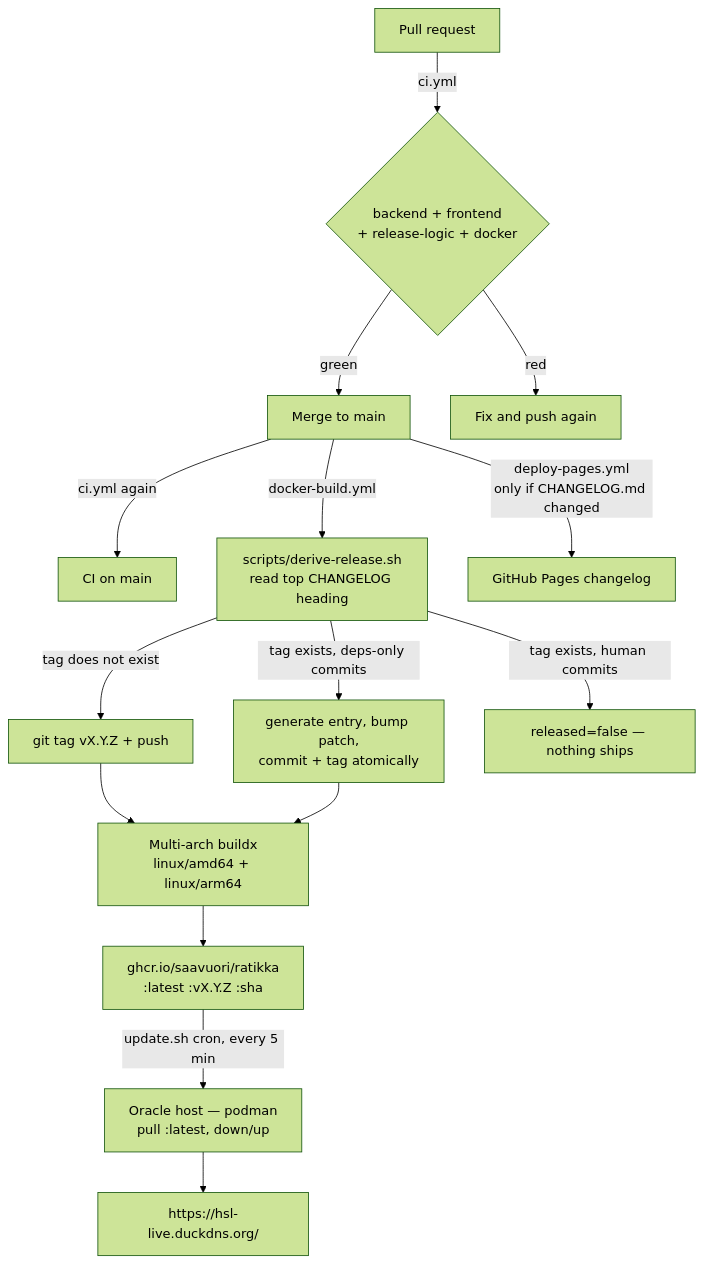
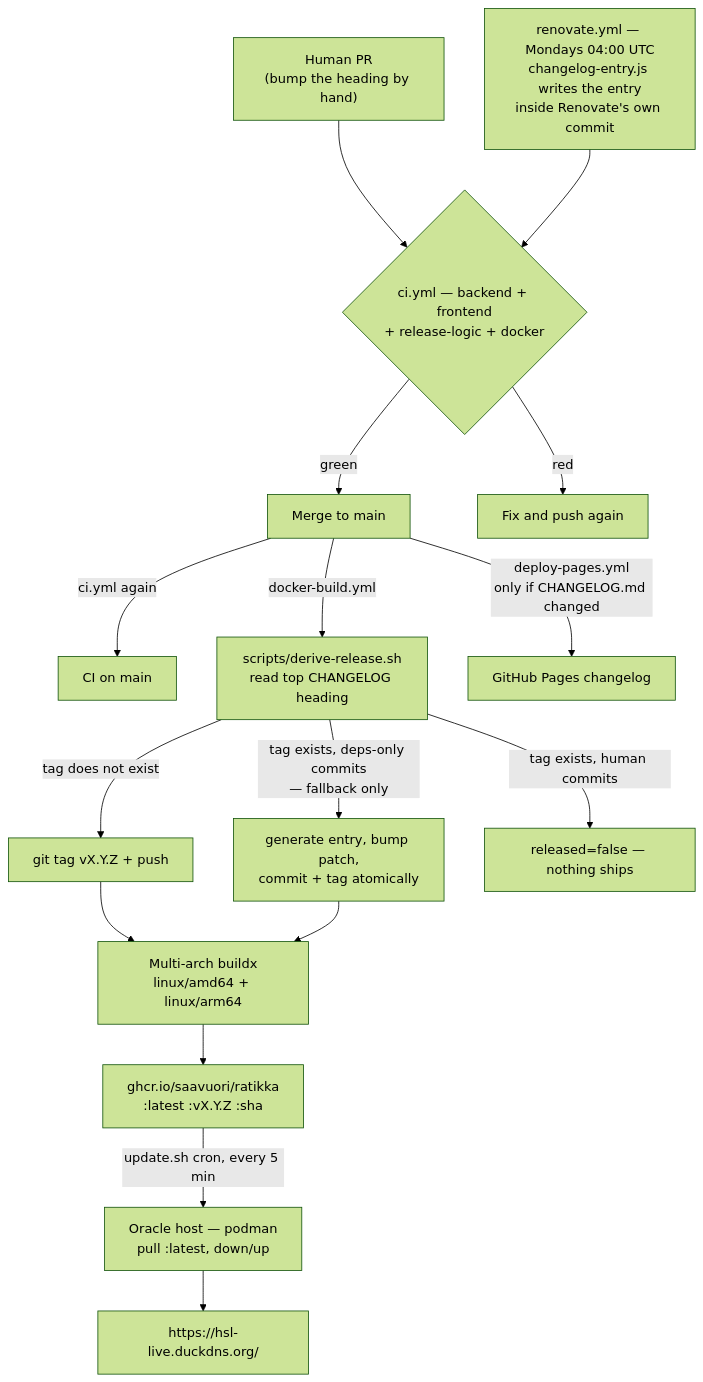
The diagram in docs/CICD.md (Saavuori/ratikka), drawn with Mermaid (forest theme) before and after one commit. The commit also changed other lines of this file and 1 other file, not shown here.

First line of the commit message:
docs: document the Renovate dependency flow in CICD.md

````diff
--- a/docs/CICD.md
+++ b/docs/CICD.md
@@ -15,22 +15,25 @@
 ```mermaid
 graph TD
-    PR["Pull request"] -->|ci.yml| Gate{"backend + frontend<br/>+ release-logic + docker"}
+    Human["Human PR<br/>(bump the heading by hand)"] --> Gate
+    Renovate["renovate.yml — Mondays 04:00 UTC<br/>changelog-entry.js writes the entry<br/>inside Renovate's own commit"] --> Gate
+
+    Gate{"ci.yml — backend + frontend<br/>+ release-logic + docker"}
     Gate -->|green| Merge["Merge to main"]
     Gate -->|red| Fix["Fix and push again"]
 
     Merge -->|ci.yml again| MainCI["CI on main"]
     Merge -->|docker-build.yml| Derive["scripts/derive-release.sh<br/>read top CHANGELOG heading"]
 
     Derive -->|tag does not exist| Tag["git tag vX.Y.Z + push"]
-    Derive -->|tag exists, deps-only commits| AutoBump["generate entry, bump patch,<br/>commit + tag atomically"]
+    Derive -->|tag exists, deps-only commits<br/>— fallback only| AutoBump["generate entry, bump patch,<br/>commit + tag atomically"]
     Derive -->|tag exists, human commits| Skip["released=false — nothing ships"]
 
     Tag --> Build["Multi-arch buildx<br/>linux/amd64 + linux/arm64"]
     AutoBump --> Build
     Build --> GHCR["ghcr.io/saavuori/ratikka<br/>:latest :vX.Y.Z :sha"]
 
     GHCR -->|update.sh cron, every 5 min| Host["Oracle host — podman<br/>pull :latest, down/up"]
     Host --> Live["https://hsl-live.duckdns.org/"]
 
     Merge -->|deploy-pages.yml<br/>only if CHANGELOG.md changed| Pages["GitHub Pages changelog"]
 ```
````
